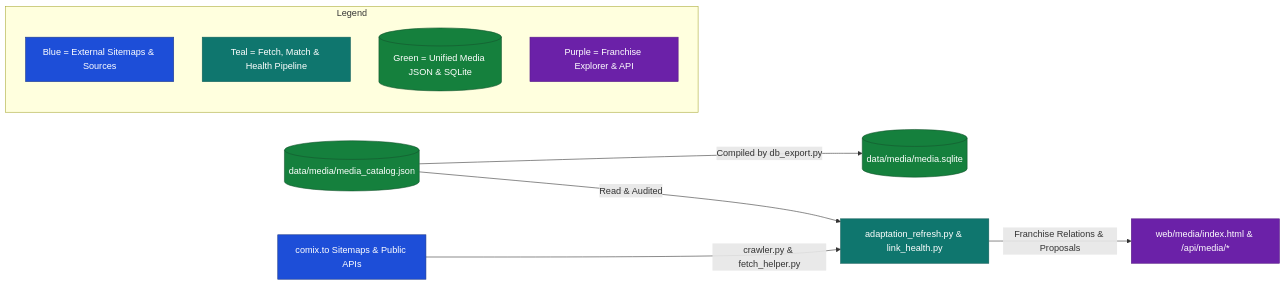
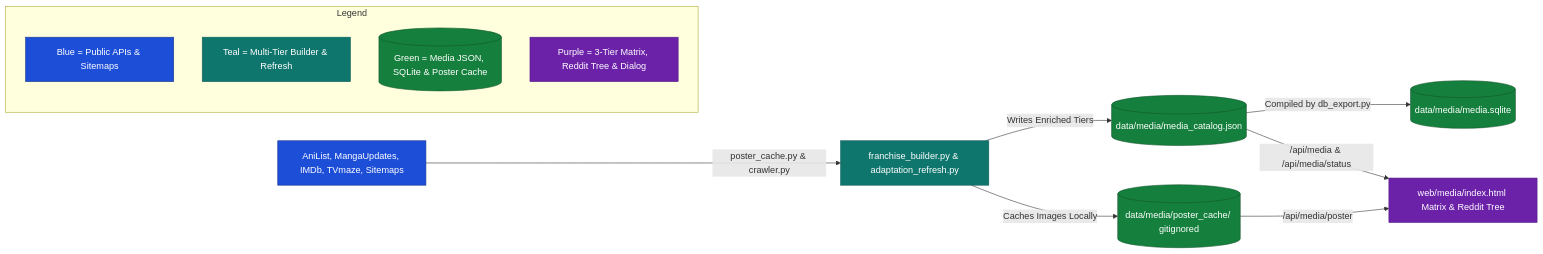
One commit to Mostakim2005/database-manager changed the tenth of 12 diagrams in docs/ARCHITECTURE.md. Above: the diagram before and after it, drawn with Mermaid. The commit also changed other lines of this file and 18 other files, not shown here.

Commit message:
feat(media): multi-tier franchise graph, local poster cache, NSFW toggle, and Reddit tree view

````diff
--- a/docs/ARCHITECTURE.md
+++ b/docs/ARCHITECTURE.md
@@ -307,20 +314,22 @@
 ```mermaid
 flowchart LR
     %% Color Definitions
     classDef startNode fill:#1d4ed8,stroke:#1e3a8a,color:#ffffff
     classDef processNode fill:#0f766e,stroke:#115e59,color:#ffffff
     classDef dataNode fill:#15803d,stroke:#14532d,color:#ffffff
     classDef outNode fill:#6b21a8,stroke:#581c87,color:#ffffff
 
-    M1[(data/media/media_catalog.json)]:::dataNode -->|Compiled by db_export.py| M2[(data/media/media.sqlite)]:::dataNode
-    S1[comix.to Sitemaps & Public APIs]:::startNode -->|crawler.py & fetch_helper.py| P1[adaptation_refresh.py & link_health.py]:::processNode
-    M1 -->|Read & Audited| P1
-    P1 -->|Franchise Relations & Proposals| UI1[web/media/index.html & /api/media/*]:::outNode
+    S1[AniList, MangaUpdates, IMDb, TVmaze, Sitemaps]:::startNode -->|poster_cache.py & crawler.py| P1[franchise_builder.py & adaptation_refresh.py]:::processNode
+    P1 -->|Writes Enriched Tiers| M1[(data/media/media_catalog.json)]:::dataNode
+    P1 -->|Caches Images Locally| C1[(data/media/poster_cache/ gitignored)]:::dataNode
+    M1 -->|Compiled by db_export.py| M2[(data/media/media.sqlite)]:::dataNode
+    M1 -->|/api/media & /api/media/status| UI1[web/media/index.html Matrix & Reddit Tree]:::outNode
+    C1 -->|/api/media/poster| UI1
 
     subgraph Legend["Legend"]
-        L1[Blue = External Sitemaps & Sources]:::startNode
-        L2[Teal = Fetch, Match & Health Pipeline]:::processNode
-        L3[(Green = Unified Media JSON & SQLite)]:::dataNode
-        L4[Purple = Franchise Explorer & API]:::outNode
+        L1[Blue = Public APIs & Sitemaps]:::startNode
+        L2[Teal = Multi-Tier Builder & Refresh]:::processNode
+        L3[(Green = Media JSON, SQLite & Poster Cache)]:::dataNode
+        L4[Purple = 3-Tier Matrix, Reddit Tree & Dialog]:::outNode
     end
 ```
````
